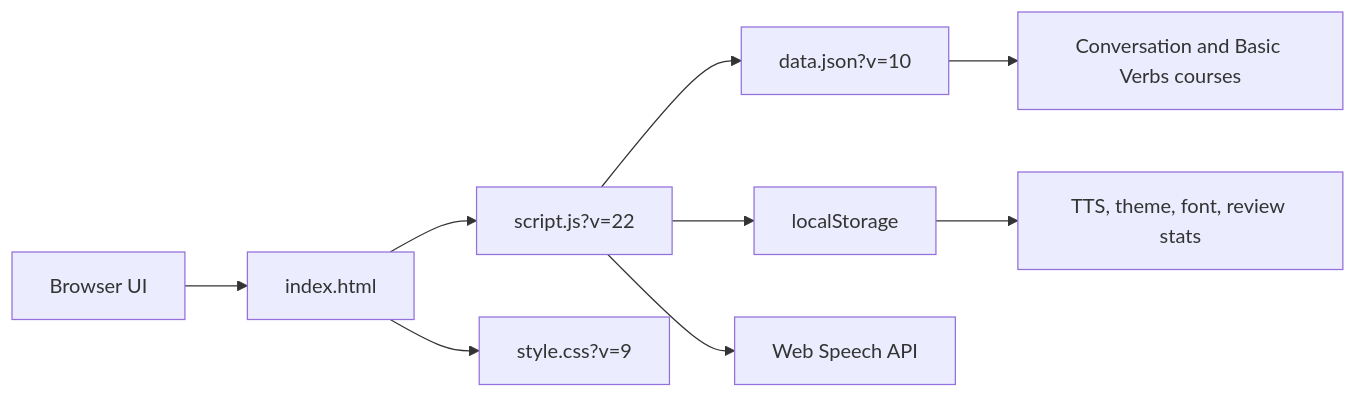
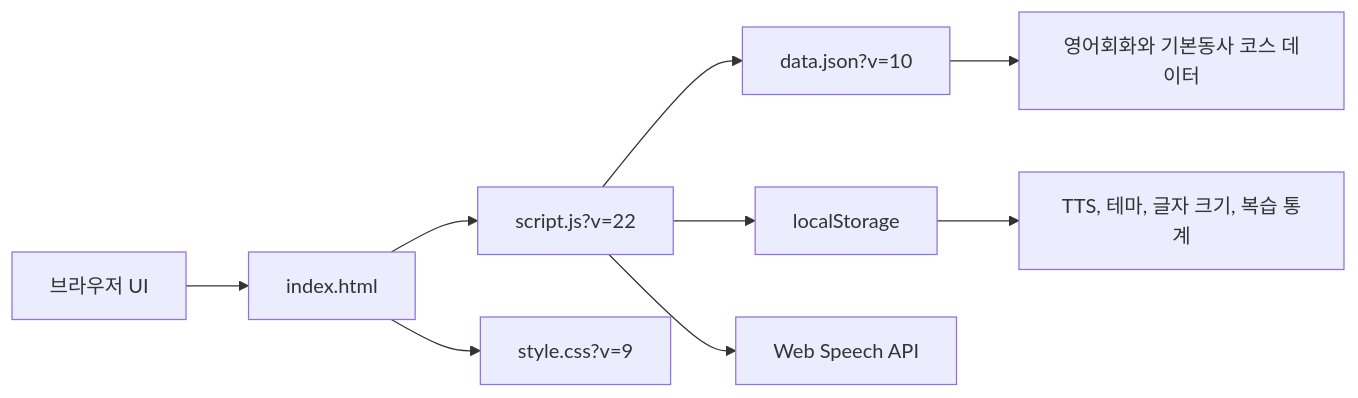
The diagram in docs/project-hardening-report.md (asher8554/English-conversation-memorization-site), drawn with Mermaid before and after one commit. The commit also changed other lines of this file and 5 other files, not shown here.

````diff
--- a/docs/project-hardening-report.md
+++ b/docs/project-hardening-report.md
@@ -19,11 +19,11 @@
 ```mermaid
 flowchart LR
-  Browser["Browser UI"] --> Index["index.html"]
+  Browser["브라우저 UI"] --> Index["index.html"]
   Index --> Script["script.js?v=22"]
   Index --> Styles["style.css?v=9"]
   Script --> Data["data.json?v=10"]
   Script --> Storage["localStorage"]
   Script --> Speech["Web Speech API"]
-  Data --> CourseData["Conversation and Basic Verbs courses"]
-  Storage --> Preferences["TTS, theme, font, review stats"]
+  Data --> CourseData["영어회화와 기본동사 코스 데이터"]
+  Storage --> Preferences["TTS, 테마, 글자 크기, 복습 통계"]
 ```
````
